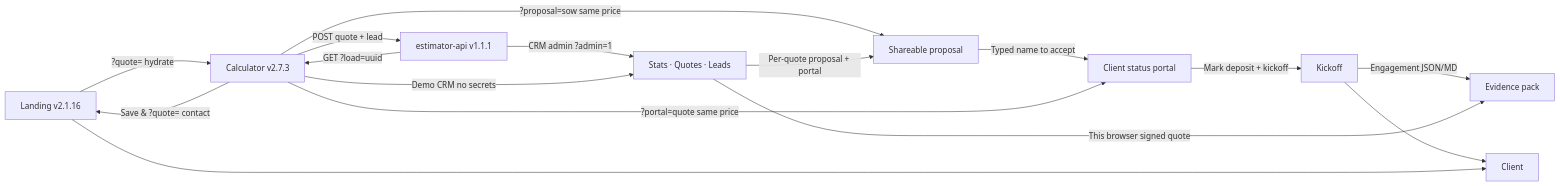
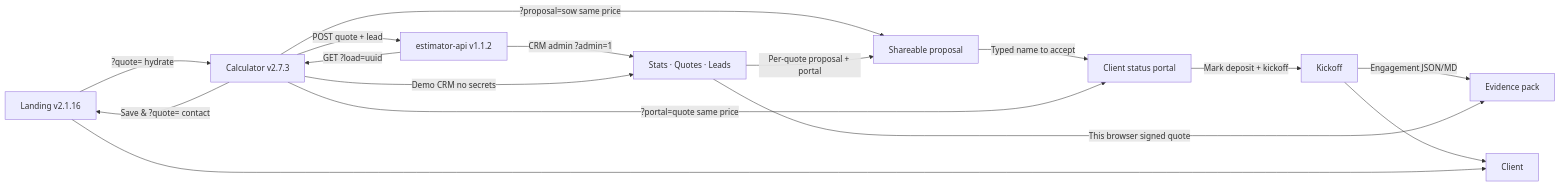
One commit to pixellayer7-jpg/pixellayer7-jpg changed the diagram in README.md. Above: the diagram before and after it, drawn with Mermaid. The commit also changed other lines of this file and 4 other files, not shown here.

````diff
--- a/README.md
+++ b/README.md
@@ -21,18 +21,18 @@
 ```mermaid
 flowchart LR
   A[Landing v2.1.16] -->|?quote= hydrate| B[Calculator v2.7.3]
   B -->|Save & ?quote= contact| A
   B -->|?proposal=sow same price| R[Shareable proposal]
   R -->|Typed name to accept| P[Client status portal]
   P -->|Mark deposit + kickoff| K[Kickoff]
   K -->|Engagement JSON/MD| X[Evidence pack]
   B -->|?portal=quote same price| P
-  B -->|POST quote + lead| D[estimator-api v1.1.1]
+  B -->|POST quote + lead| D[estimator-api v1.1.2]
   D -->|CRM admin ?admin=1| E[Stats · Quotes · Leads]
   B -->|Demo CRM no secrets| E
   E -->|This browser signed quote| X
   E -->|Per-quote proposal + portal| R
   K --> F[Client]
   D -->|GET ?load=uuid| B
   A --> F[Client]
 ```
````
